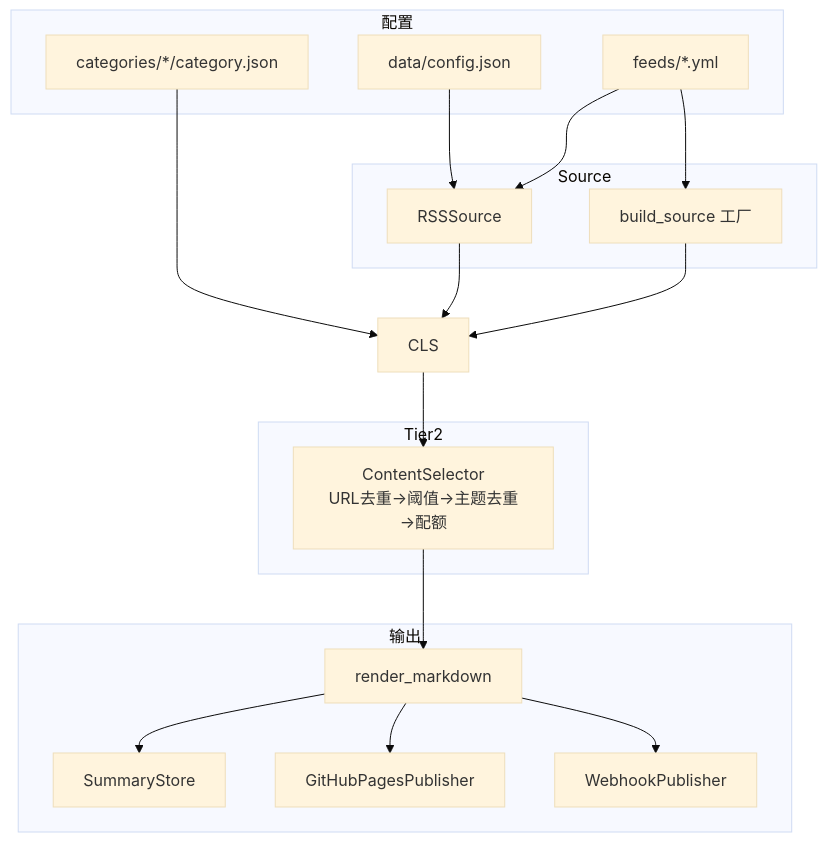
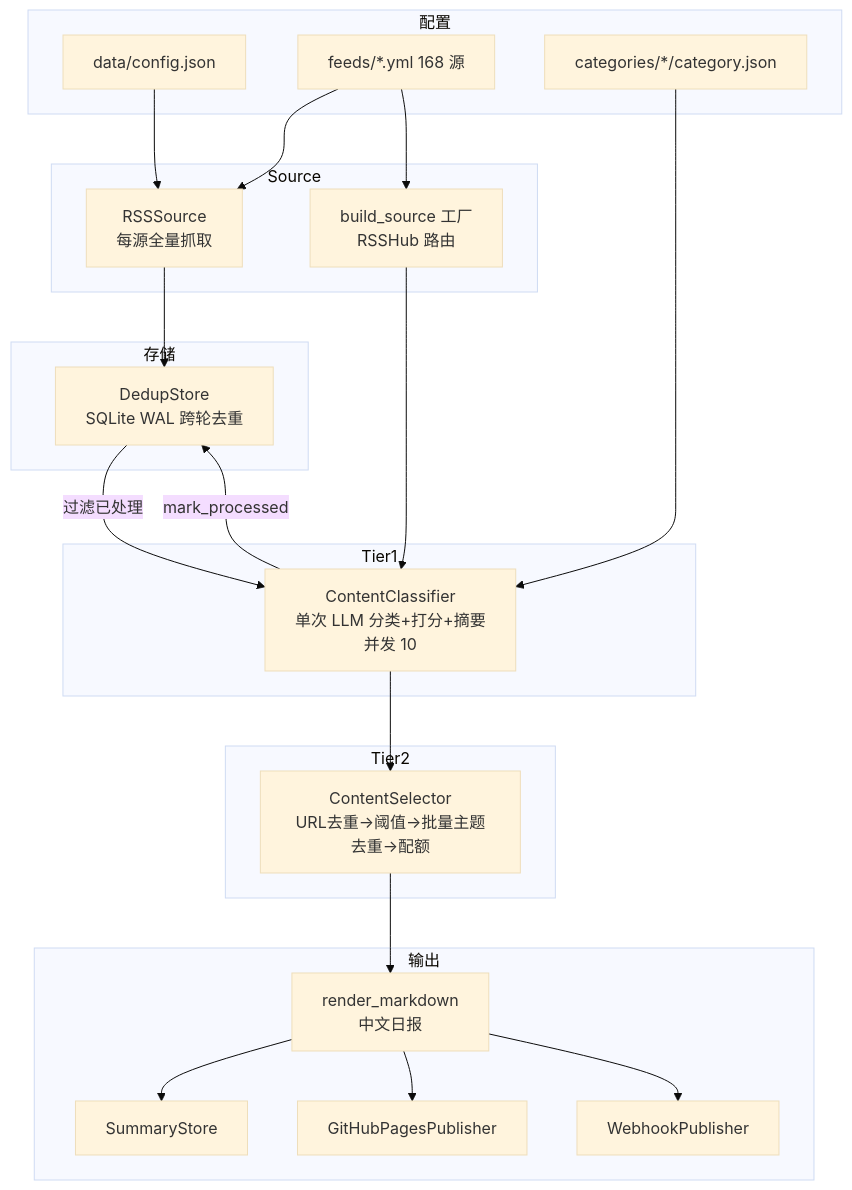
One commit to int2t05/rss-reader changed the first of 2 diagrams in docs/TECH.md. Above: the diagram before and after it, drawn with Mermaid (base theme). The commit also changed other lines of this file and 8 other files, not shown here.

First line of the commit message:
docs: 文档全量重构 — 只保留 prd/tech/todo/api/flow 五类,删无关文件

````diff
--- a/docs/TECH.md
+++ b/docs/TECH.md
@@ -11,37 +13,47 @@
 ```mermaid
 flowchart TB
     subgraph 配置
         CFG[data/config.json]
-        FEEDS[feeds/*.yml]
+        FEEDS[feeds/*.yml 168 源]
         CATS[categories/*/category.json]
     end
 
     subgraph Source
-        RSS[RSSSource]
-        RSSHUB[build_source 工厂]
+        RSS[RSSSource<br/>每源全量抓取]
+        RSSHUB[build_source 工厂<br/>RSSHub 路由]
+    end
+
+    subgraph Tier1
+        CLS[ContentClassifier<br/>单次 LLM 分类+打分+摘要<br/>并发 10]
     end
 
     subgraph Tier2
-        SEL[ContentSelector<br/>URL去重→阈值→主题去重→配额]
+        SEL[ContentSelector<br/>URL去重→阈值→批量主题去重→配额]
     end
 
     subgraph 输出
-        RND[render_markdown]
+        RND[render_markdown<br/>中文日报]
         SUM[SummaryStore]
         PAGES[GitHubPagesPublisher]
         HOOK[WebhookPublisher]
+    end
+
+    subgraph 存储
+        DEDUP[DedupStore<br/>SQLite WAL 跨轮去重]
     end
 
     CFG --> RSS
     FEEDS --> RSS
     FEEDS --> RSSHUB
     CATS --> CLS
 
-    RSS --> CLS
+    RSS --> DEDUP
+    DEDUP -->|过滤已处理| CLS
     RSSHUB --> CLS
     CLS --> SEL
     SEL --> RND
     RND --> SUM
     RND --> PAGES
     RND --> HOOK
+    CLS -->|mark_processed| DEDUP
 ```
````
